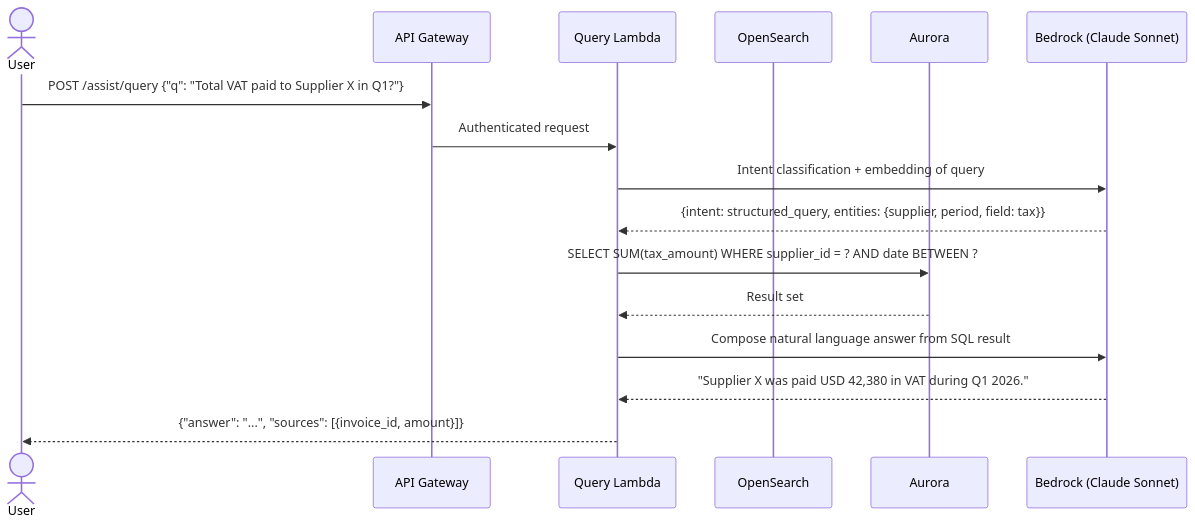
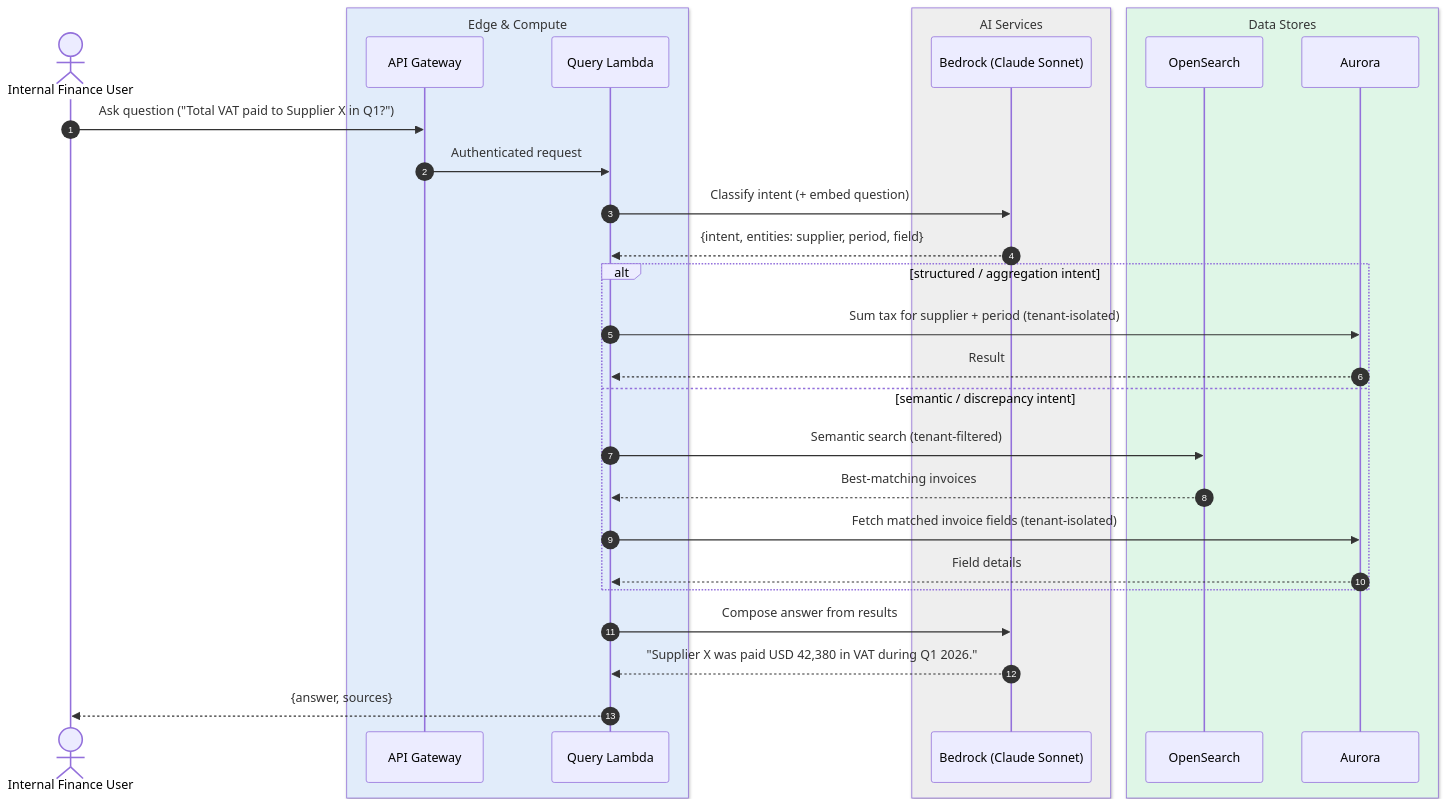
Before and after one commit to asloth/b2bplatform-receipts: the fifth of 6 diagrams in docs/01-system-design.md, drawn with Mermaid. The commit also changed other lines of this file and 4 other files, not shown here.

````diff
--- a/docs/01-system-design.md
+++ b/docs/01-system-design.md
@@ -156,19 +214,33 @@
 ```mermaid
 sequenceDiagram
-    actor User
+    autonumber
+    actor User as Internal Finance User
+    box rgb(225,236,250) Edge & Compute
     participant APIGW as API Gateway
     participant QueryFn as Query Lambda
+    end
+    box rgb(238,238,238) AI Services
+    participant Bedrock as Bedrock (Claude Sonnet)
+    end
+    box rgb(223,246,231) Data Stores
     participant OpenSearch
     participant Aurora
-    participant Bedrock as Bedrock (Claude Sonnet)
+    end
 
-    User->>APIGW: POST /assist/query {"q": "Total VAT paid to Supplier X in Q1?"}
+    User->>APIGW: Ask question ("Total VAT paid to Supplier X in Q1?")
     APIGW->>QueryFn: Authenticated request
-    QueryFn->>Bedrock: Intent classification + embedding of query
-    Bedrock-->>QueryFn: {intent: structured_query, entities: {supplier, period, field: tax}}
-    QueryFn->>Aurora: SELECT SUM(tax_amount) WHERE supplier_id = ? AND date BETWEEN ?
-    Aurora-->>QueryFn: Result set
-    QueryFn->>Bedrock: Compose natural language answer from SQL result
+    QueryFn->>Bedrock: Classify intent (+ embed question)
+    Bedrock-->>QueryFn: {intent, entities: supplier, period, field}
+    alt structured / aggregation intent
+        QueryFn->>Aurora: Sum tax for supplier + period (tenant-isolated)
+        Aurora-->>QueryFn: Result
+    else semantic / discrepancy intent
+        QueryFn->>OpenSearch: Semantic search (tenant-filtered)
+        OpenSearch-->>QueryFn: Best-matching invoices
+        QueryFn->>Aurora: Fetch matched invoice fields (tenant-isolated)
+        Aurora-->>QueryFn: Field details
+    end
+    QueryFn->>Bedrock: Compose answer from results
     Bedrock-->>QueryFn: "Supplier X was paid USD 42,380 in VAT during Q1 2026."
-    QueryFn-->>User: {"answer": "...", "sources": [{invoice_id, amount}]}
+    QueryFn-->>User: {answer, sources}
 ```
````
